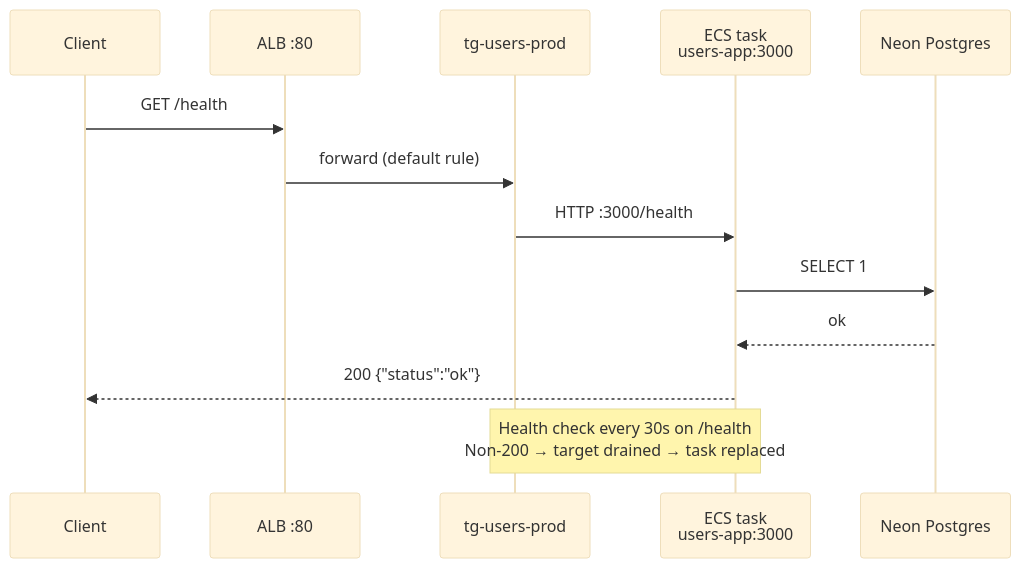
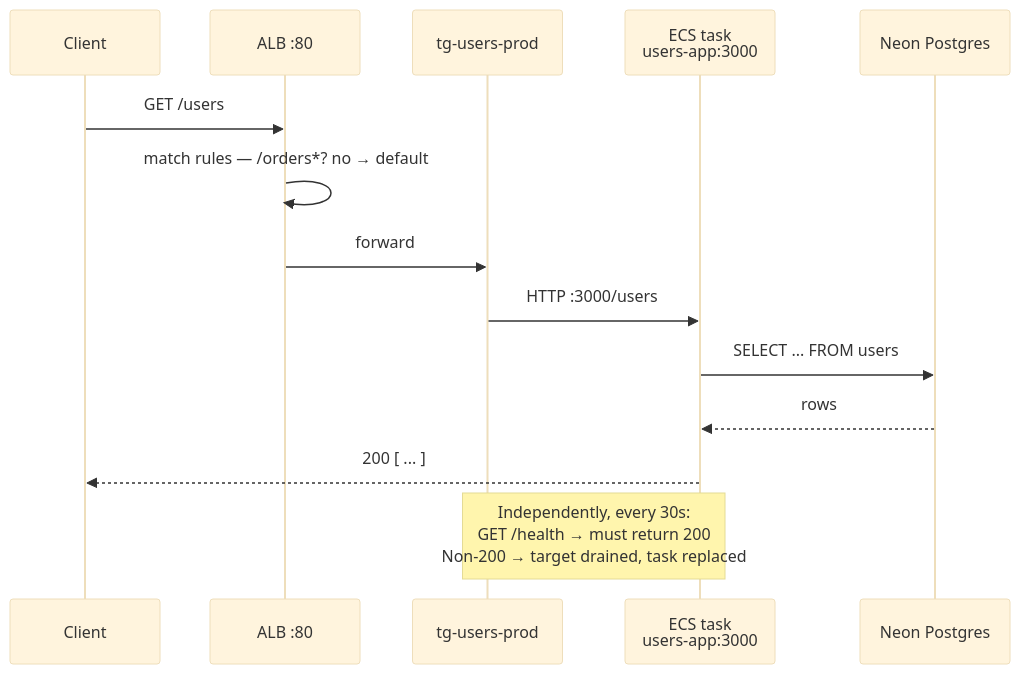
The second of 4 diagrams in DEPLOYMENT.md (amaben2020/aws-ecs-cicd), drawn with Mermaid (base theme) before and after one commit. The commit also changed other lines of this file and 1 other file, not shown here.

````diff
--- a/DEPLOYMENT.md
+++ b/DEPLOYMENT.md
@@ -74,17 +79,18 @@
 ```mermaid
 sequenceDiagram
     participant C as Client
     participant A as ALB :80
     participant T as tg-users-prod
     participant E as ECS task<br/>users-app:3000
     participant D as Neon Postgres
 
-    C->>A: GET /health
-    A->>T: forward (default rule)
-    T->>E: HTTP :3000/health
-    E->>D: SELECT 1
-    D-->>E: ok
-    E-->>C: 200 {"status":"ok"}
+    C->>A: GET /users
+    A->>A: match rules — /orders*? no → default
+    A->>T: forward
+    T->>E: HTTP :3000/users
+    E->>D: SELECT ... FROM users
+    D-->>E: rows
+    E-->>C: 200 [ ... ]
 
-    Note over T,E: Health check every 30s on /health<br/>Non-200 → target drained → task replaced
+    Note over T,E: Independently, every 30s:<br/>GET /health → must return 200<br/>Non-200 → target drained, task replaced
 ```
````
